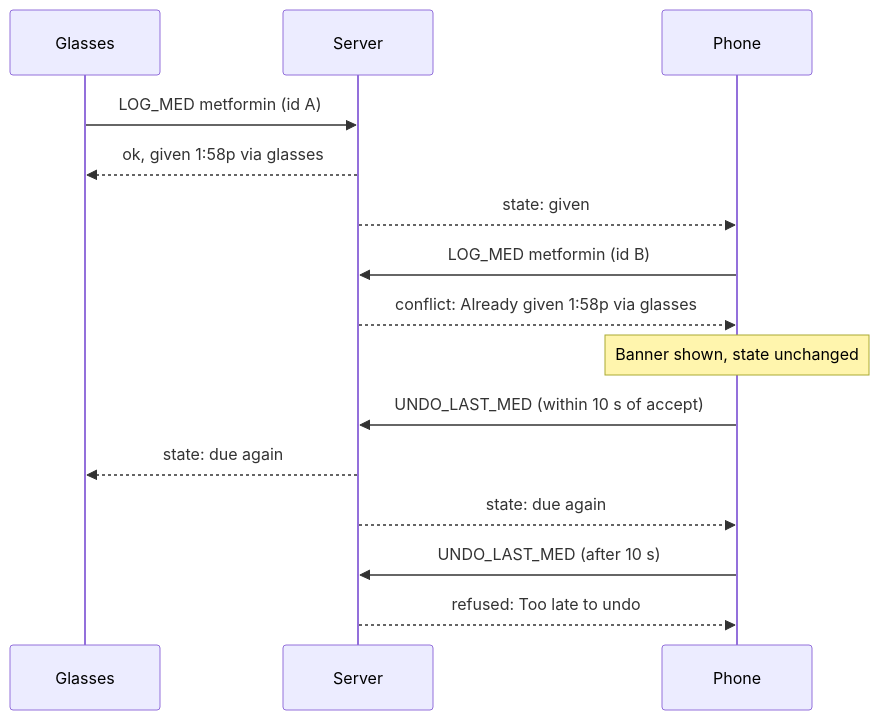
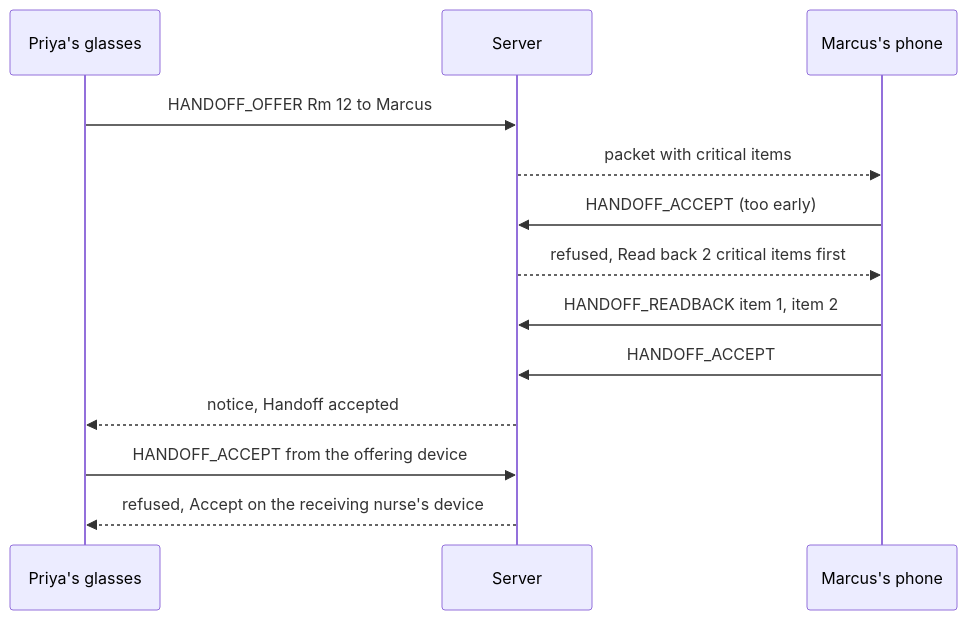
One commit to RahulModugula/worn-hackathon changed the second of 2 diagrams in README.md. Above: the diagram before and after it, drawn with Mermaid. The commit also changed other lines of this file and 1 other file, not shown here.

````diff
--- a/README.md
+++ b/README.md
@@ -78,17 +182,15 @@
 ```mermaid
 sequenceDiagram
-  participant GL as Glasses
+  participant GL as Priya's glasses
   participant SV as Server
-  participant PH as Phone
-  GL->>SV: LOG_MED metformin (id A)
-  SV-->>GL: ok, given 1:58p via glasses
-  SV-->>PH: state: given
-  PH->>SV: LOG_MED metformin (id B)
-  SV-->>PH: conflict: Already given 1:58p via glasses
-  Note over PH: Banner shown, state unchanged
-  PH->>SV: UNDO_LAST_MED (within 10 s of accept)
-  SV-->>GL: state: due again
-  SV-->>PH: state: due again
-  PH->>SV: UNDO_LAST_MED (after 10 s)
-  SV-->>PH: refused: Too late to undo
+  participant PM as Marcus's phone
+  GL->>SV: HANDOFF_OFFER Rm 12 to Marcus
+  SV-->>PM: packet with critical items
+  PM->>SV: HANDOFF_ACCEPT (too early)
+  SV-->>PM: refused, Read back 2 critical items first
+  PM->>SV: HANDOFF_READBACK item 1, item 2
+  PM->>SV: HANDOFF_ACCEPT
+  SV-->>GL: notice, Handoff accepted
+  GL->>SV: HANDOFF_ACCEPT from the offering device
+  SV-->>GL: refused, Accept on the receiving nurse's device
 ```
````
